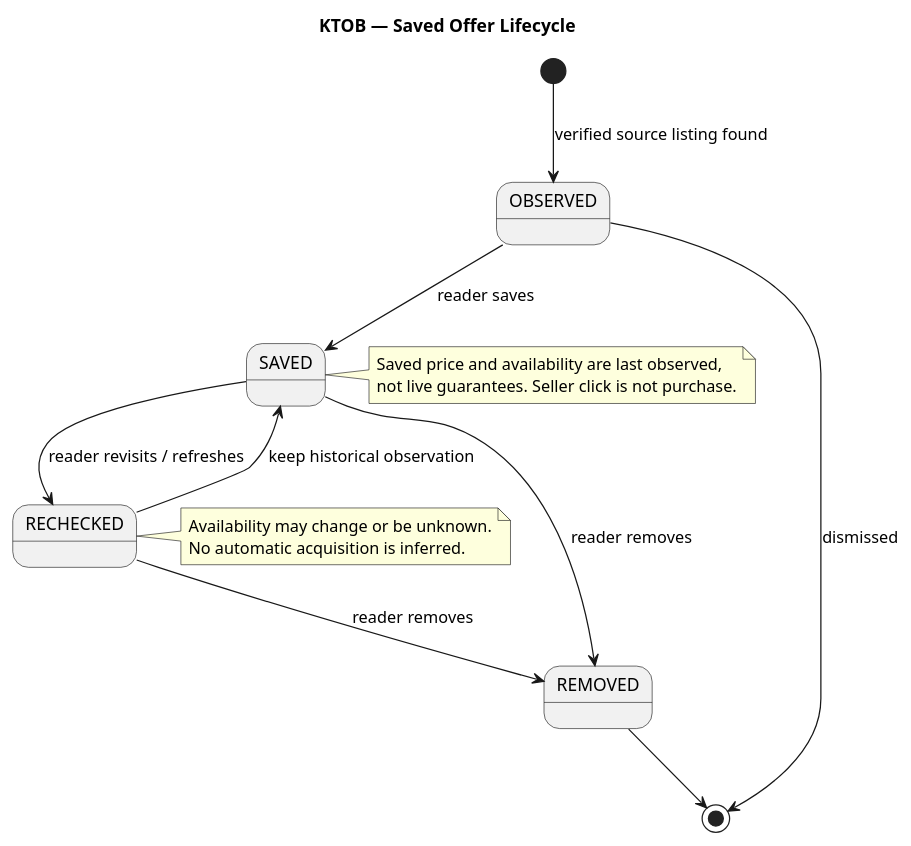
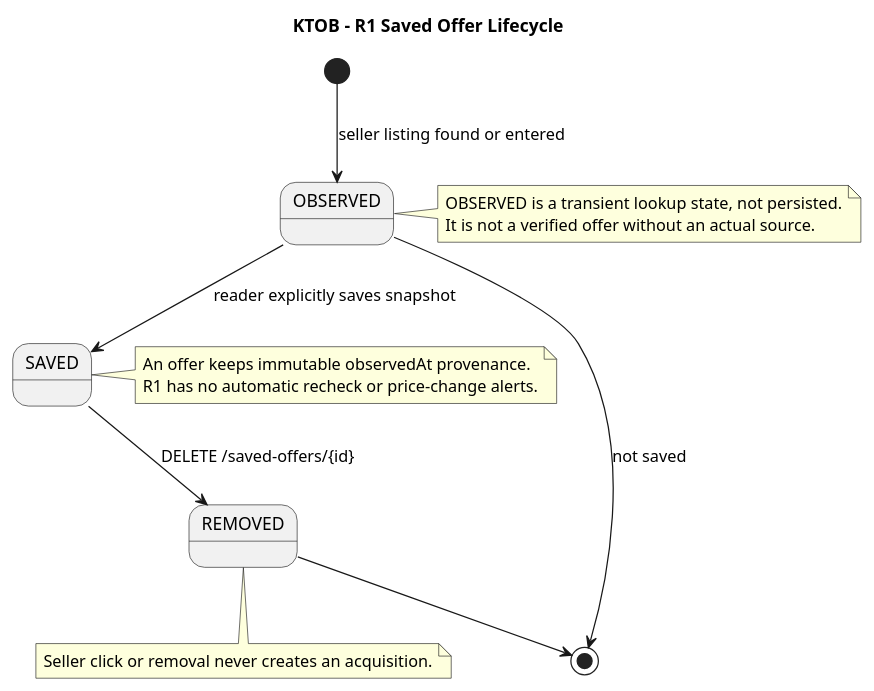
Before and after one commit to Adam-BArbia/ktob-literary-companion: the diagram in docs/uml/16-state-offer.puml, drawn with PlantUML. The commit also changed 15 other files, not shown here.

Commit message:
docs(uml): reconcile consent, reading, ownership, offers and export across 16 diagrams

```diff
--- a/docs/uml/16-state-offer.puml
+++ b/docs/uml/16-state-offer.puml
@@ -1,19 +1,19 @@
 @startuml KTOB_16_state_offer
-title KTOB — Saved Offer Lifecycle
-[*] --> OBSERVED : verified source listing found
-OBSERVED --> SAVED : reader saves
-OBSERVED --> [*] : dismissed
-SAVED --> RECHECKED : reader revisits / refreshes
-RECHECKED --> SAVED : keep historical observation
-SAVED --> REMOVED : reader removes
-RECHECKED --> REMOVED : reader removes
+title KTOB - R1 Saved Offer Lifecycle
+[*] --> OBSERVED : seller listing found or entered
+OBSERVED --> SAVED : reader explicitly saves snapshot
+OBSERVED --> [*] : not saved
+SAVED --> REMOVED : DELETE /saved-offers/{id}
 REMOVED --> [*]
+note right of OBSERVED
+OBSERVED is a transient lookup state, not persisted.
+It is not a verified offer without an actual source.
+end note
 note right of SAVED
-Saved price and availability are last observed,
-not live guarantees. Seller click is not purchase.
+An offer keeps immutable observedAt provenance.
+R1 has no automatic recheck or price-change alerts.
 end note
-note right of RECHECKED
-Availability may change or be unknown.
-No automatic acquisition is inferred.
+note bottom of REMOVED
+Seller click or removal never creates an acquisition.
 end note
 @enduml
```
